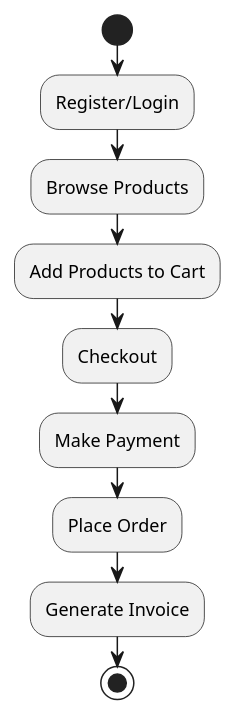
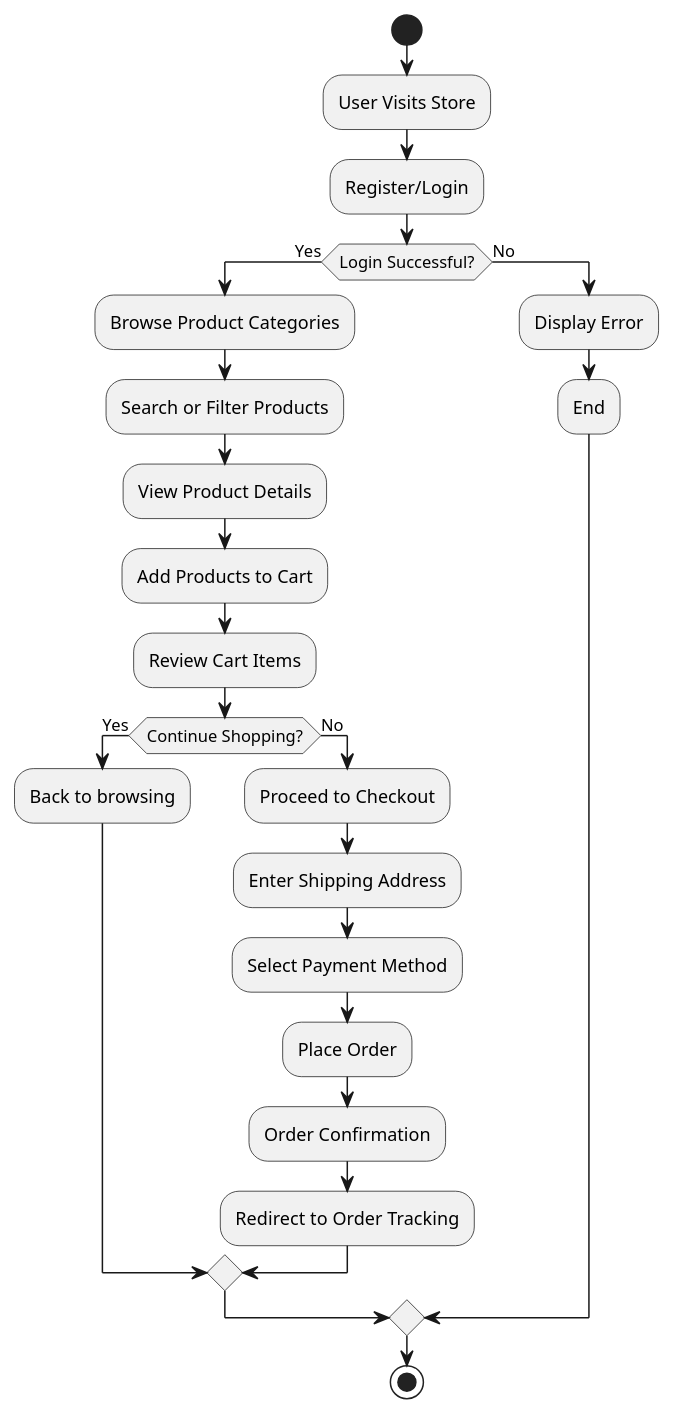
One commit to KHari07/HKFashion-Source changed the fourth of 4 diagrams in README.md. Above: the diagram before and after it, drawn with PlantUML. The commit also changed other lines of this file, not shown here.

````diff
--- a/README.md
+++ b/README.md
@@ -289,23 +375,30 @@
 ```plantuml
 @startuml
 
 start
-
+:User Visits Store;
 :Register/Login;
-
-:Browse Products;
-
-:Add Products to Cart;
-
-:Checkout;
-
-:Make Payment;
-
-:Place Order;
-
-:Generate Invoice;
-
+if (Login Successful?) then (Yes)
+    :Browse Product Categories;
+    :Search or Filter Products;
+    :View Product Details;
+    :Add Products to Cart;
+    :Review Cart Items;
+    if (Continue Shopping?) then (Yes)
+        :Back to browsing;
+    else (No)
+        :Proceed to Checkout;
+        :Enter Shipping Address;
+        :Select Payment Method;
+        :Place Order;
+        :Order Confirmation;
+        :Redirect to Order Tracking;
+    endif
+else (No)
+    :Display Error;
+    :End;
+endif
 stop
 
 @enduml
 ```
````
